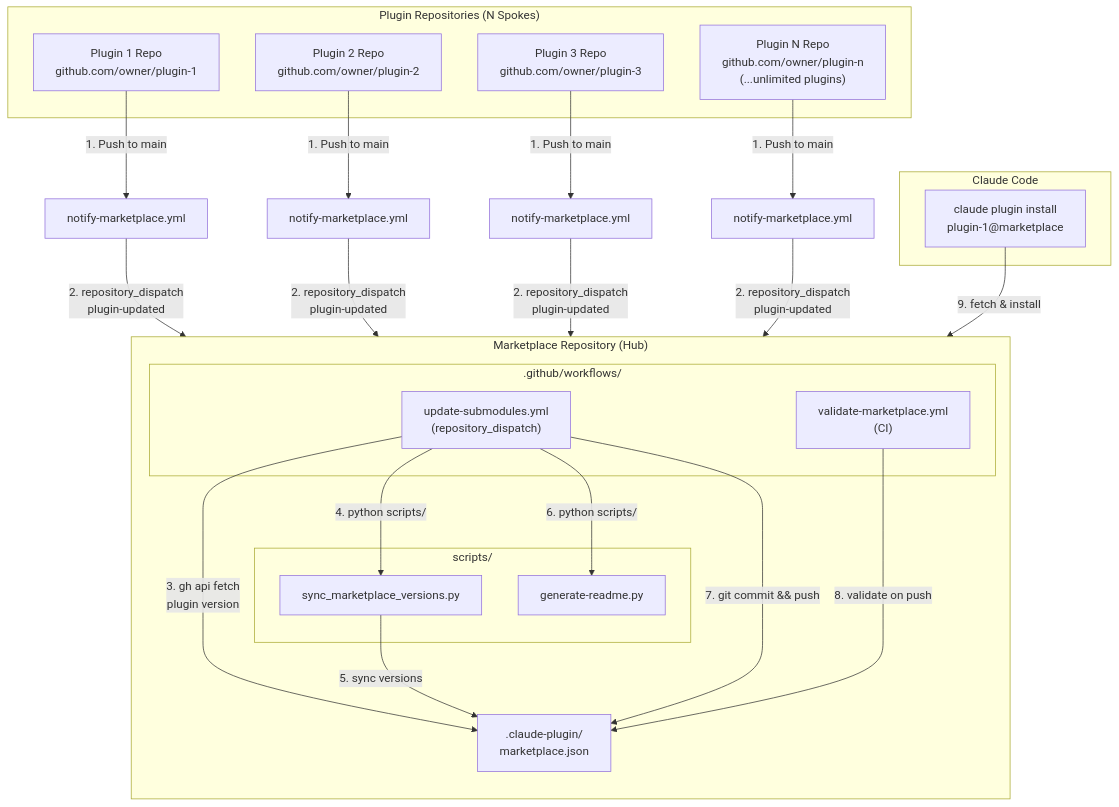
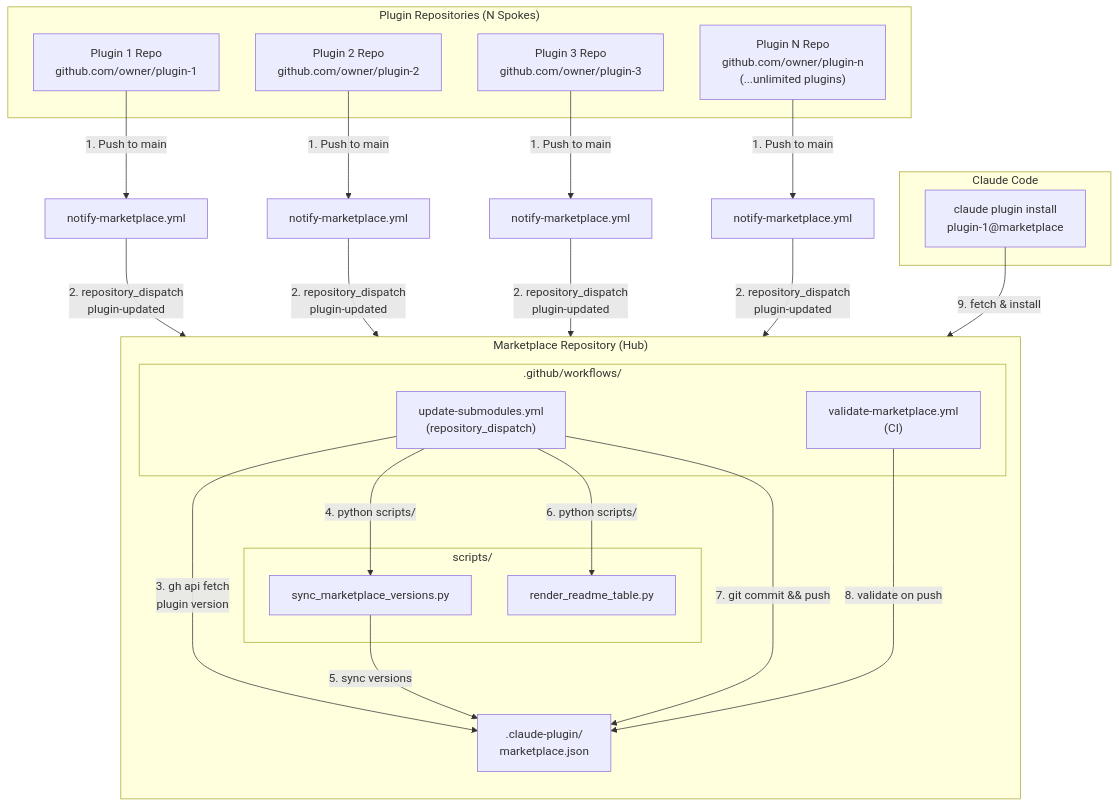
The diagram in skills/cpv-setup-github-marketplace/references/marketplace-architecture.md (Emasoft/claude-plugins-validation), drawn with Mermaid before and after one commit. The commit also changed other lines of this file and 40 other files, not shown here.

````diff
--- a/skills/cpv-setup-github-marketplace/references/marketplace-architecture.md
+++ b/skills/cpv-setup-github-marketplace/references/marketplace-architecture.md
@@ -41,42 +41,42 @@
 ```mermaid
 flowchart TB
     subgraph PluginRepos["Plugin Repositories (N Spokes)"]
         P1[Plugin 1 Repo<br/>github.com/owner/plugin-1]
         P2[Plugin 2 Repo<br/>github.com/owner/plugin-2]
         P3[Plugin 3 Repo<br/>github.com/owner/plugin-3]
         PN["Plugin N Repo<br/>github.com/owner/plugin-n<br/>(...unlimited plugins)"]
     end
 
     subgraph Marketplace["Marketplace Repository (Hub)"]
         direction TB
         MJ[".claude-plugin/<br/>marketplace.json"]
         subgraph Workflows[".github/workflows/"]
             US["update-submodules.yml<br/>(repository_dispatch)"]
             VL["validate-marketplace.yml<br/>(CI)"]
         end
         subgraph Scripts["scripts/"]
             SV["sync_marketplace_versions.py"]
-            GR["generate-readme.py"]
+            GR["render_readme_table.py"]
         end
     end
 
     subgraph Consumer["Claude Code"]
         CC["claude plugin install<br/>plugin-1@marketplace"]
     end
 
     P1 -->|"1. Push to main"| NM1["notify-marketplace.yml"]
     P2 -->|"1. Push to main"| NM2["notify-marketplace.yml"]
     P3 -->|"1. Push to main"| NM3["notify-marketplace.yml"]
     PN -->|"1. Push to main"| NMN["notify-marketplace.yml"]
     NM1 -->|"2. repository_dispatch<br/>plugin-updated"| US
     NM2 -->|"2. repository_dispatch<br/>plugin-updated"| US
     NM3 -->|"2. repository_dispatch<br/>plugin-updated"| US
     NMN -->|"2. repository_dispatch<br/>plugin-updated"| US
     US -->|"3. gh api fetch<br/>plugin version"| MJ
     US -->|"4. python scripts/"| SV
     SV -->|"5. sync versions"| MJ
     US -->|"6. python scripts/"| GR
     US -->|"7. git commit && push"| MJ
     VL -->|"8. validate on push"| MJ
     CC -->|"9. fetch & install"| Marketplace
 ```
````
